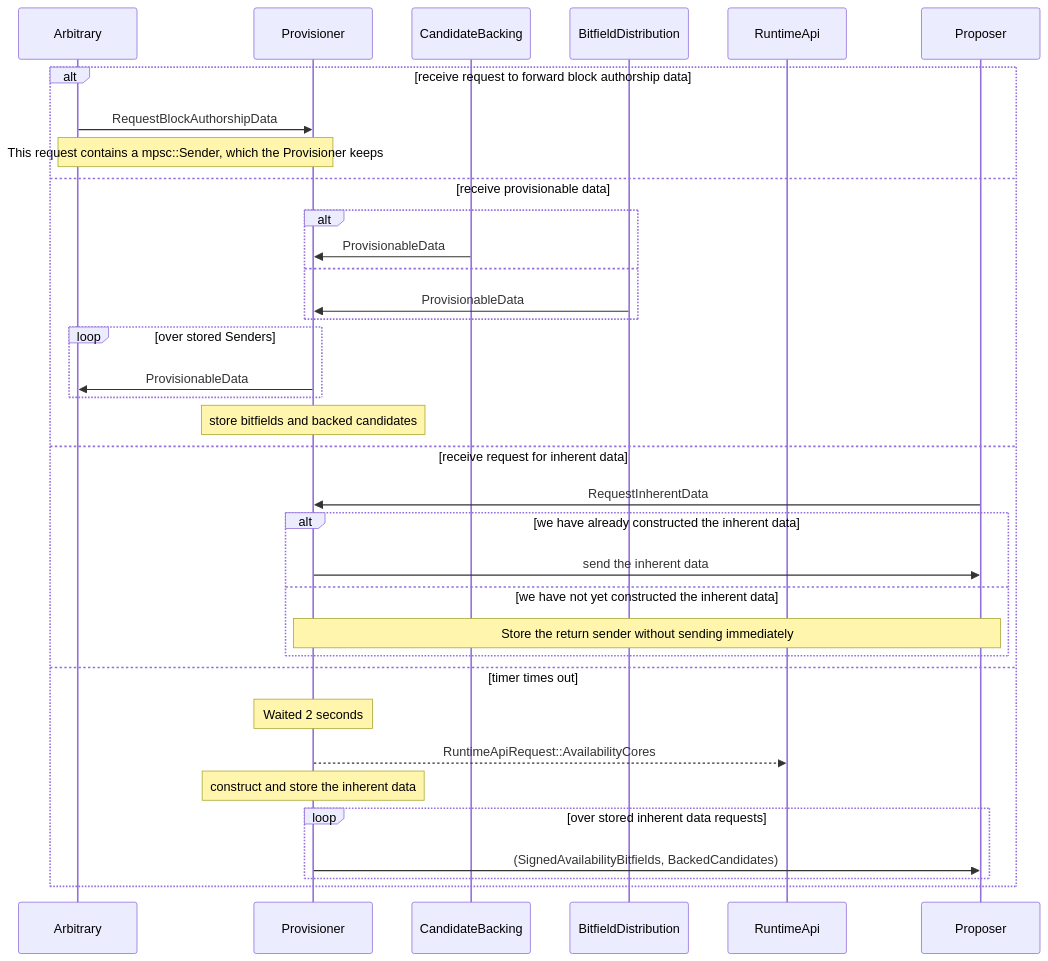
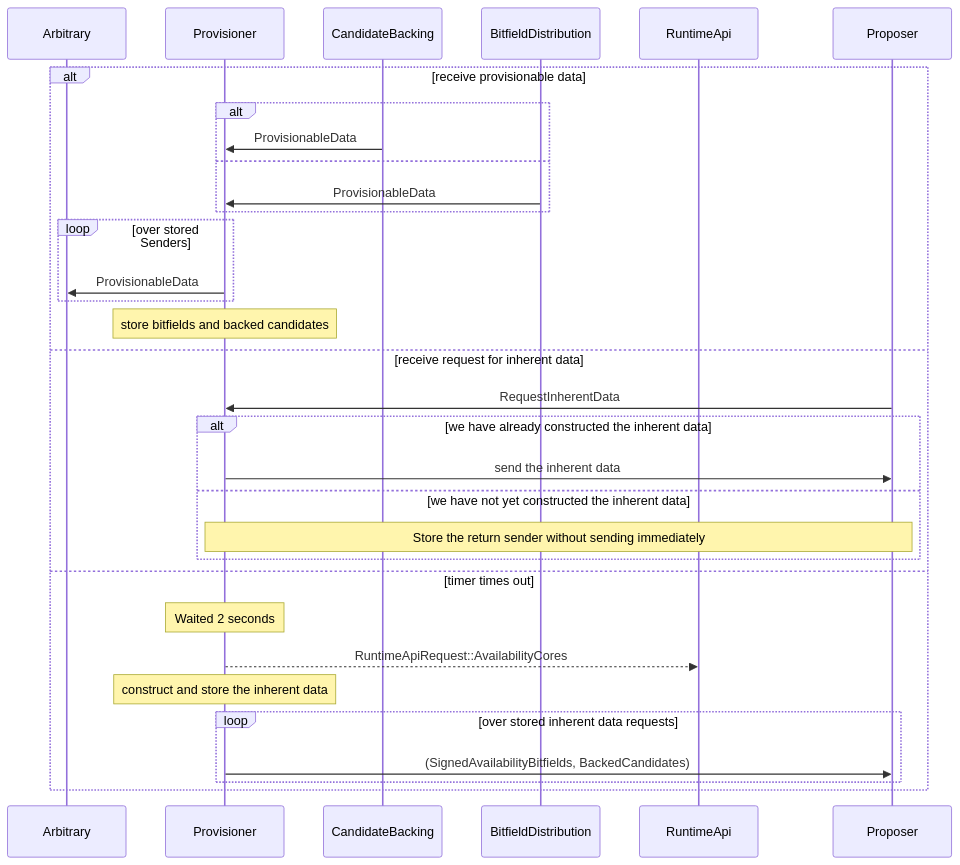
One commit to paritytech/polkadot changed the tenth of 10 diagrams in roadmap/implementers-guide/src/node/subsystems-and-jobs.md. Above: the diagram before and after it, drawn with Mermaid. The commit also changed other lines of this file and 4 other files, not shown here.

Commit message:
remove unused RequestBlockAuthorshipData

````diff
--- a/roadmap/implementers-guide/src/node/subsystems-and-jobs.md
+++ b/roadmap/implementers-guide/src/node/subsystems-and-jobs.md
@@ -376,40 +376,37 @@
 ```mermaid
 sequenceDiagram
     participant A as Arbitrary
     participant PV as Provisioner
     participant CB as CandidateBacking
     participant BD as BitfieldDistribution
     participant RA as RuntimeApi
     participant PO as Proposer
 
-    alt receive request to forward block authorship data
-        A ->> PV: RequestBlockAuthorshipData
-        Note over A,PV: This request contains a mpsc::Sender, which the Provisioner keeps
-    else receive provisionable data
+    alt receive provisionable data
         alt
             CB ->> PV: ProvisionableData
         else
             BD ->> PV: ProvisionableData
         end
 
         loop over stored Senders
             PV ->> A: ProvisionableData
         end
 
         Note over PV: store bitfields and backed candidates
     else receive request for inherent data
         PO ->> PV: RequestInherentData
         alt we have already constructed the inherent data
             PV ->> PO: send the inherent data
         else we have not yet constructed the inherent data
             Note over PV,PO: Store the return sender without sending immediately
         end
     else timer times out
         note over PV: Waited 2 seconds
         PV -->> RA: RuntimeApiRequest::AvailabilityCores
         Note over PV: construct and store the inherent data
         loop over stored inherent data requests
             PV ->> PO: (SignedAvailabilityBitfields, BackedCandidates)
         end
     end
 ```
````
